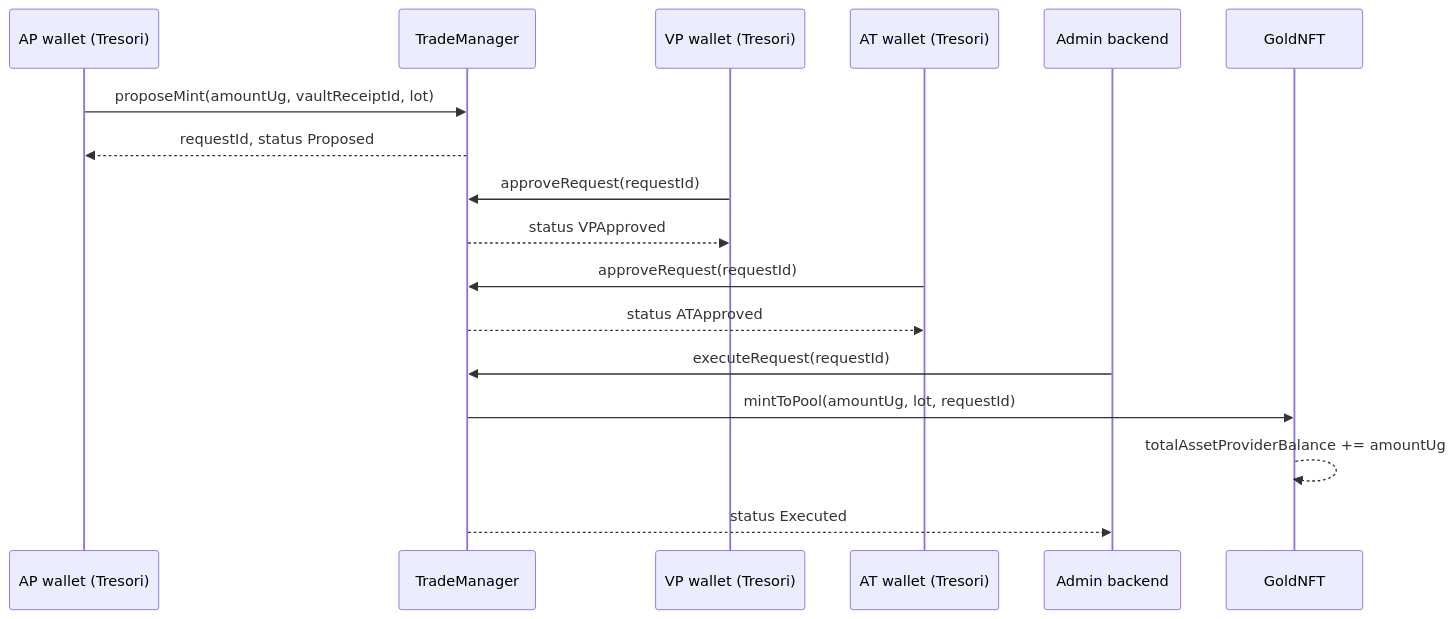
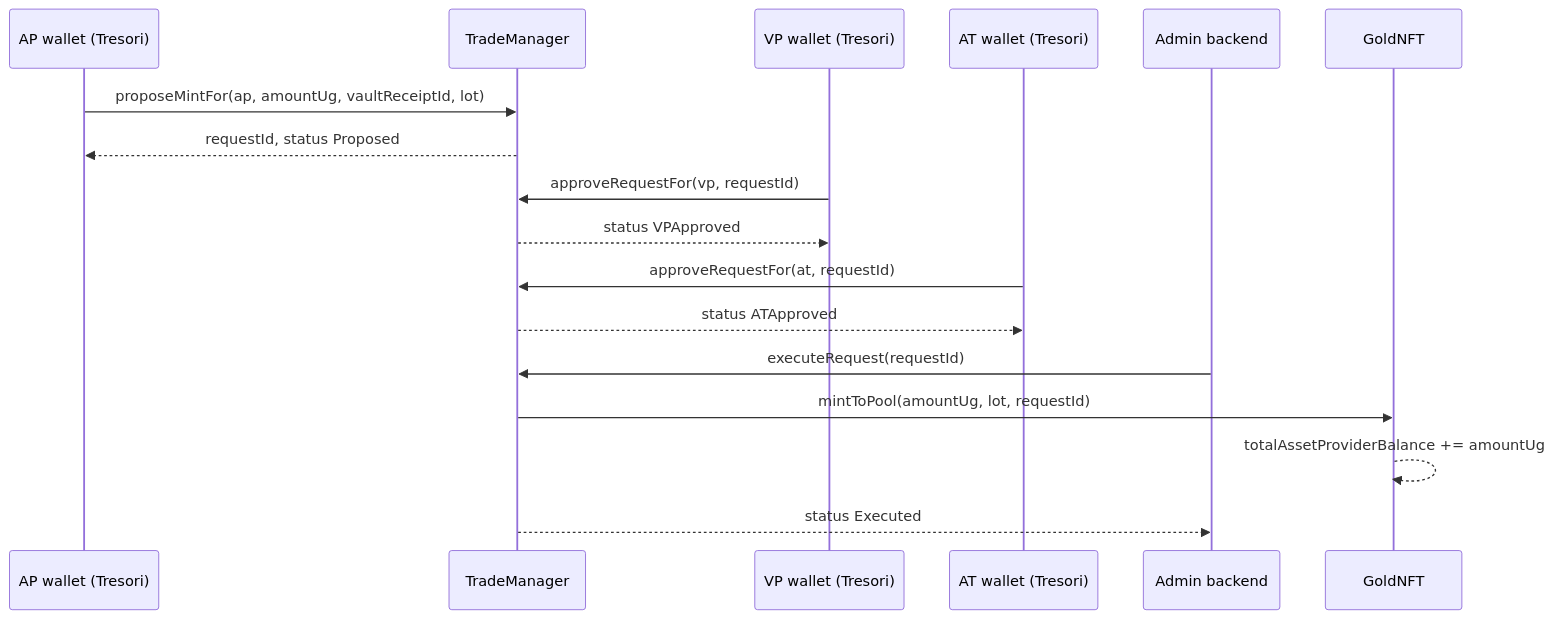
One commit to stoex-india/trade-smart-contract changed the diagram in docs/FRONTEND_MINT_FLOW.md. Above: the diagram before and after it, drawn with Mermaid. The commit also changed other lines of this file and 18 other files, not shown here.

Commit message:
added new For flow with caller wallet and relayer assertion

````diff
--- a/docs/FRONTEND_MINT_FLOW.md
+++ b/docs/FRONTEND_MINT_FLOW.md
@@ -60,23 +60,23 @@
 ```mermaid
 sequenceDiagram
     participant AP as AP wallet (Tresori)
     participant TM as TradeManager
     participant VP as VP wallet (Tresori)
     participant AT as AT wallet (Tresori)
     participant Admin as Admin backend
     participant GN as GoldNFT
 
-    AP->>TM: proposeMint(amountUg, vaultReceiptId, lot)
+    AP->>TM: proposeMintFor(ap, amountUg, vaultReceiptId, lot)
     TM-->>AP: requestId, status Proposed
 
-    VP->>TM: approveRequest(requestId)
+    VP->>TM: approveRequestFor(vp, requestId)
     TM-->>VP: status VPApproved
 
-    AT->>TM: approveRequest(requestId)
+    AT->>TM: approveRequestFor(at, requestId)
     TM-->>AT: status ATApproved
 
     Admin->>TM: executeRequest(requestId)
     TM->>GN: mintToPool(amountUg, lot, requestId)
     GN-->>GN: totalAssetProviderBalance += amountUg
     TM-->>Admin: status Executed
 ```
````
